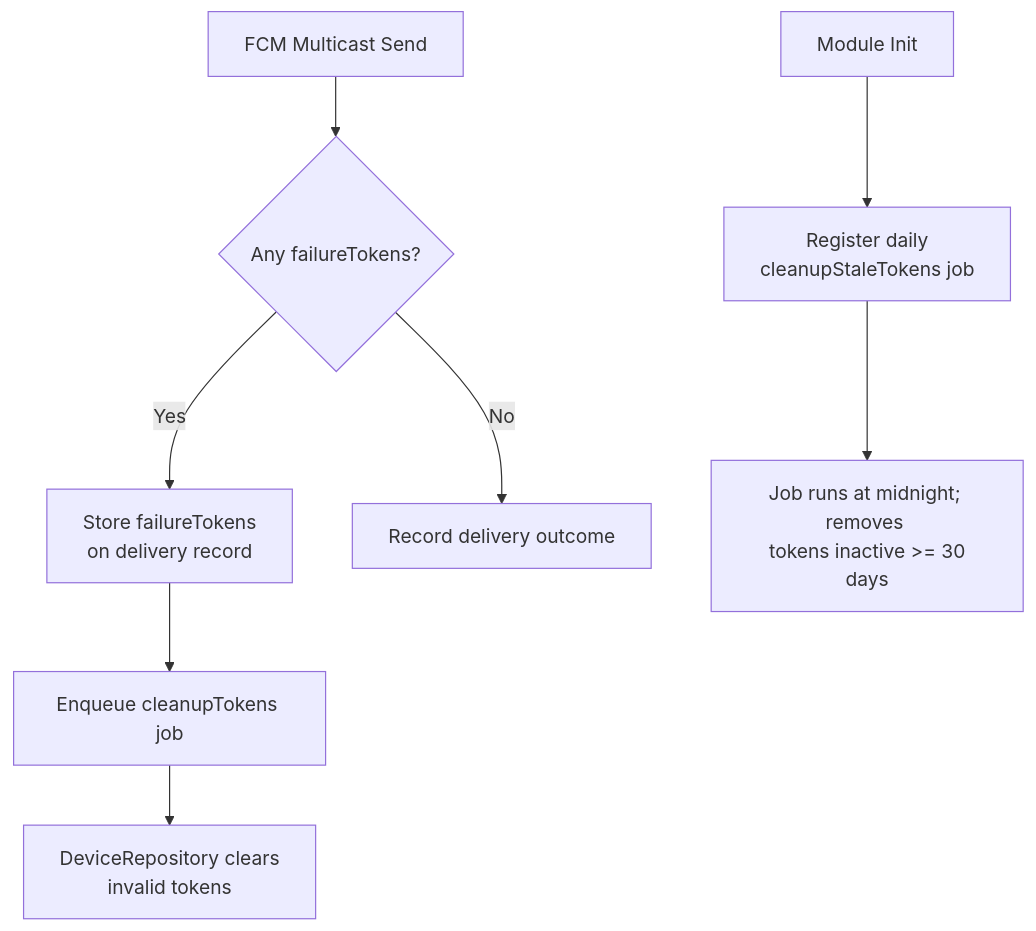
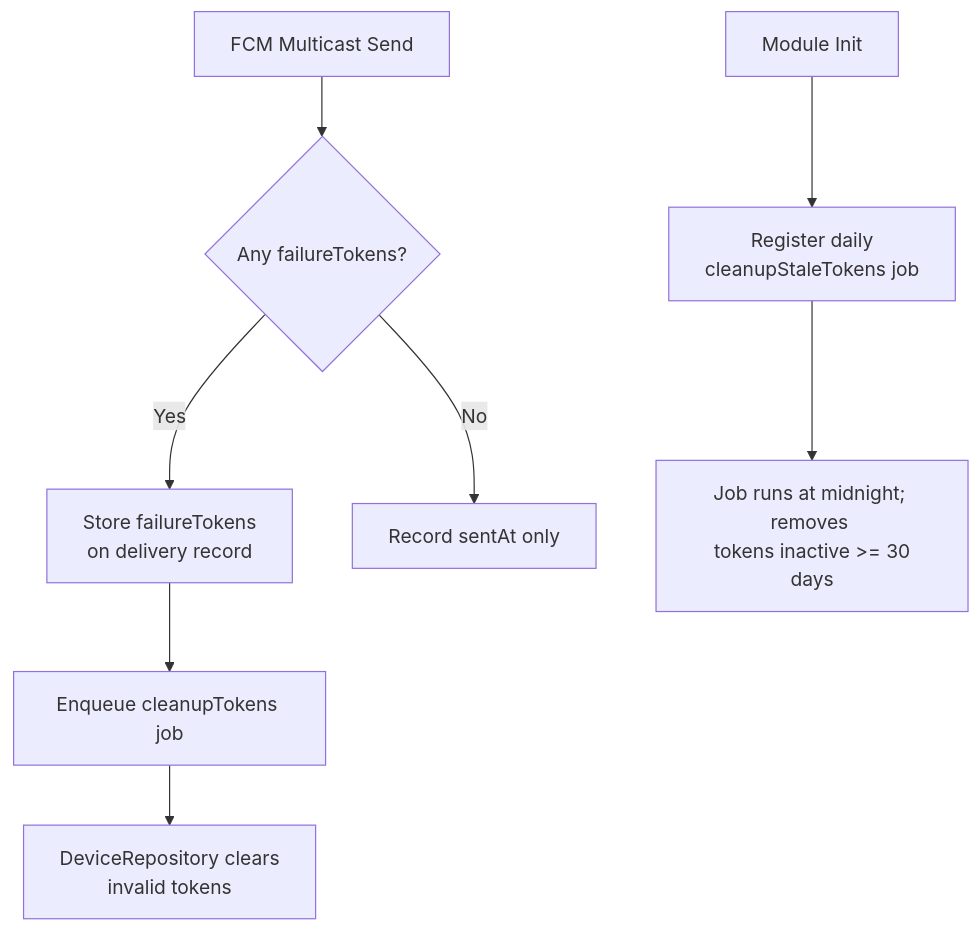
One commit to Gzerox/ack-nestjs-boilerplate changed the first of 2 diagrams in docs/notification.md. Above: the diagram before and after it, drawn with Mermaid. The commit also changed other lines of this file and 70 other files, not shown here.

````diff
--- a/docs/notification.md
+++ b/docs/notification.md
@@ -257,11 +239,11 @@
 ```mermaid
 graph TD
     A[FCM Multicast Send] --> B{Any failureTokens?}
     B -->|Yes| C[Store failureTokens <br/> on delivery record]
     C --> D[Enqueue cleanupTokens job]
     D --> E[DeviceRepository clears <br/> invalid tokens]
-    B -->|No| F[Record delivery outcome]
+    B -->|No| F[Record sentAt only]
     
     G[Module Init] --> H[Register daily <br/> cleanupStaleTokens job]
     H --> I[Job runs at midnight; removes <br/> tokens inactive >= 30 days]
 ```
````
